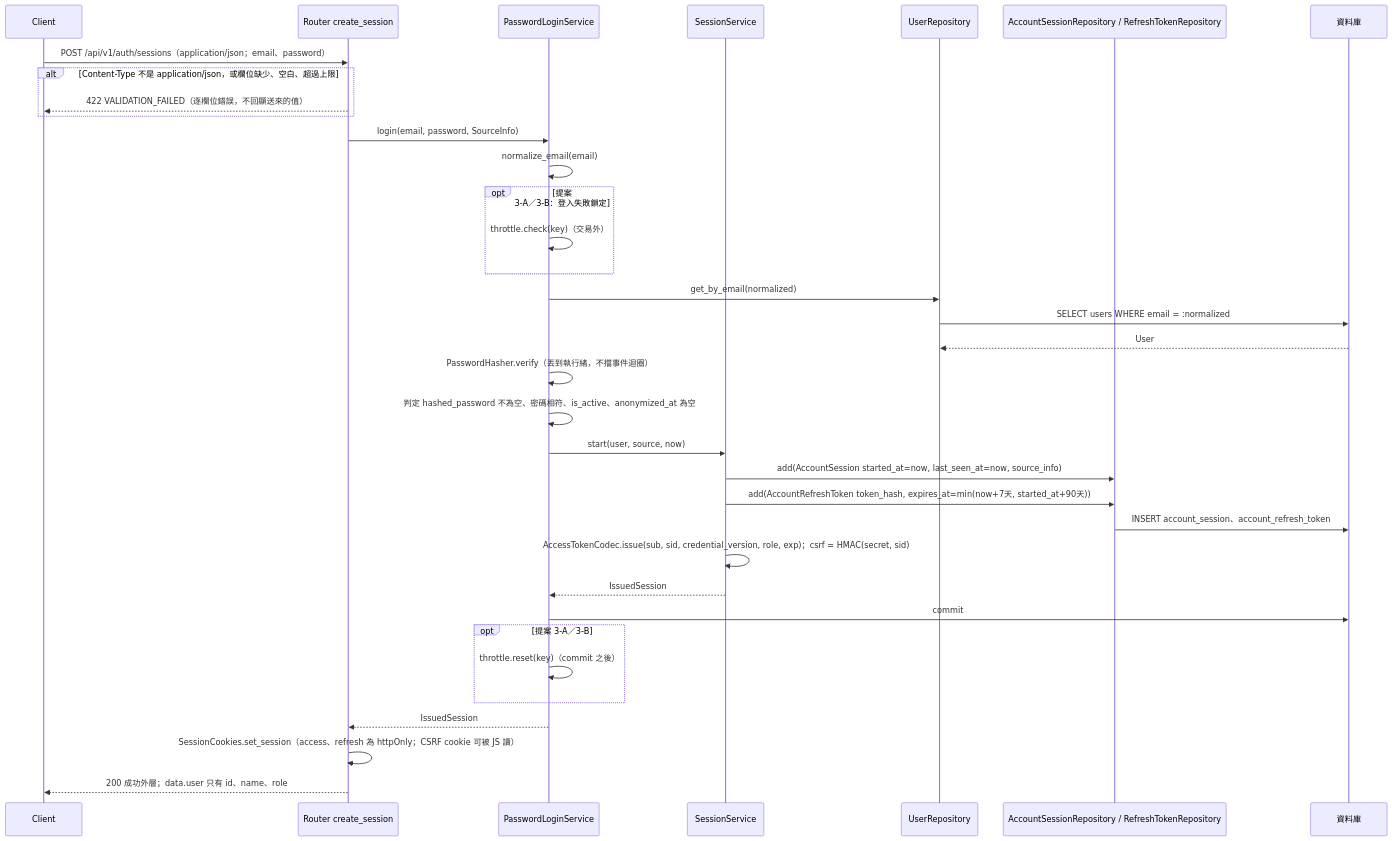
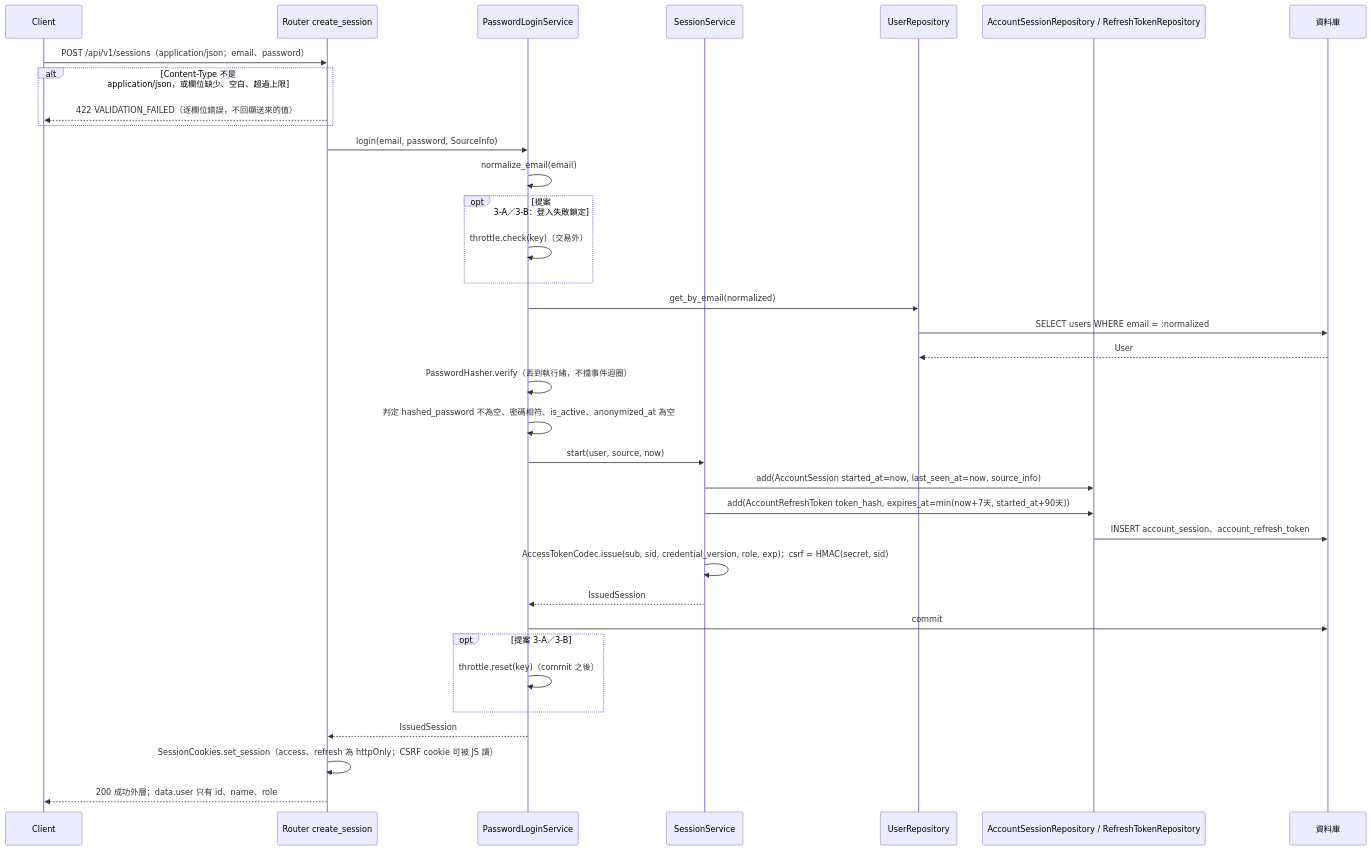
Before and after one commit to label-suite/label-suite: the fourth of 30 diagrams in openspec/changes/login-auth-guard/system-design.md, drawn with Mermaid. The commit also changed other lines of this file and 4 other files, not shown here.

First line of the commit message:
docs: write the api contract for login and auth guard (#719)

````diff
--- a/openspec/changes/login-auth-guard/system-design.md
+++ b/openspec/changes/login-auth-guard/system-design.md
@@ -357,37 +357,37 @@
 ```mermaid
 sequenceDiagram
   participant C as Client
   participant R as Router create_session
   participant L as PasswordLoginService
   participant S as SessionService
   participant U as UserRepository
   participant Q as AccountSessionRepository / RefreshTokenRepository
   participant DB as 資料庫
-  C->>R: POST /api/v1/auth/sessions（application/json；email、password）
+  C->>R: POST /api/v1/sessions（application/json；email、password）
   alt Content-Type 不是 application/json，或欄位缺少、空白、超過上限
     R-->>C: 422 VALIDATION_FAILED（逐欄位錯誤，不回顯送來的值）
   end
   R->>L: login(email, password, SourceInfo)
   L->>L: normalize_email(email)
   opt 提案 3-A／3-B：登入失敗鎖定
     L->>L: throttle.check(key)（交易外）
   end
   L->>U: get_by_email(normalized)
   U->>DB: SELECT users WHERE email = :normalized
   DB-->>U: User
   L->>L: PasswordHasher.verify（丟到執行緒，不擋事件迴圈）
   L->>L: 判定 hashed_password 不為空、密碼相符、is_active、anonymized_at 為空
   L->>S: start(user, source, now)
   S->>Q: add(AccountSession started_at=now, last_seen_at=now, source_info)
   S->>Q: add(AccountRefreshToken token_hash, expires_at=min(now+7天, started_at+90天))
   Q->>DB: INSERT account_session、account_refresh_token
   S->>S: AccessTokenCodec.issue(sub, sid, credential_version, role, exp)；csrf = HMAC(secret, sid)
   S-->>L: IssuedSession
   L->>DB: commit
   opt 提案 3-A／3-B
     L->>L: throttle.reset(key)（commit 之後）
   end
   L-->>R: IssuedSession
   R->>R: SessionCookies.set_session（access、refresh 為 httpOnly；CSRF cookie 可被 JS 讀）
   R-->>C: 200 成功外層；data.user 只有 id、name、role
 ```
````
